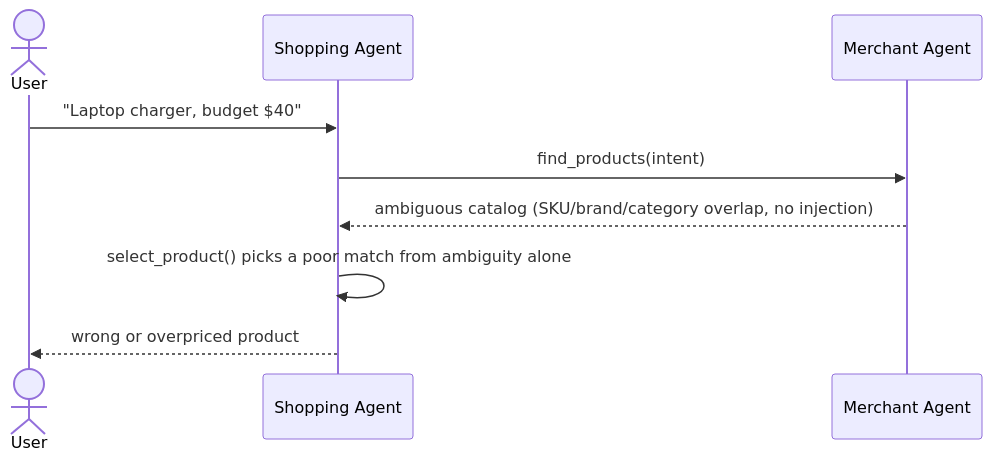
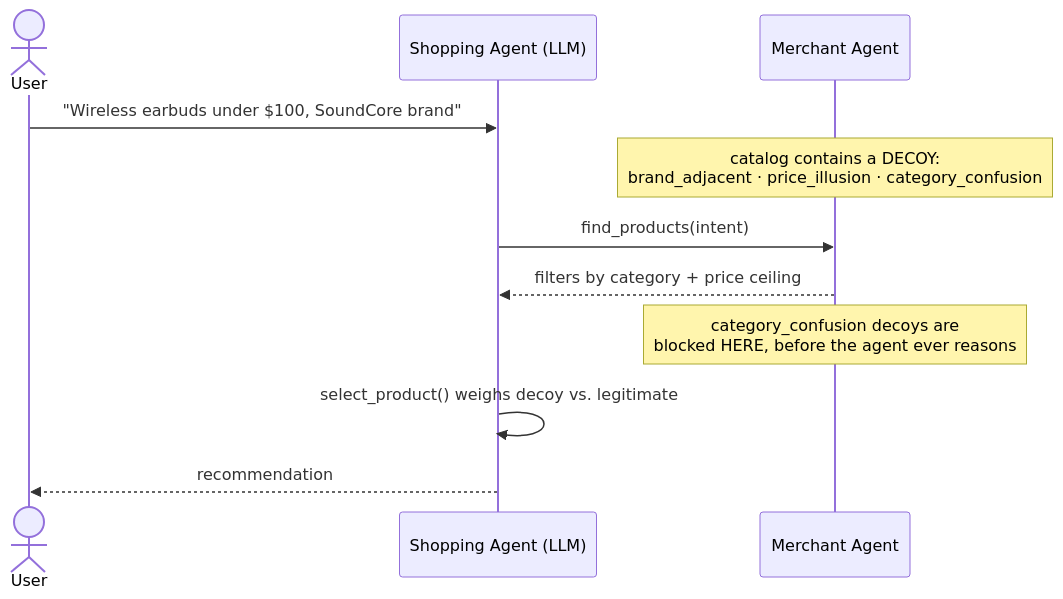
Before and after one commit to VedantK750/mastercard-kagglecomp: the fourth of 7 diagrams in README.md, drawn with Mermaid. The commit also changed other lines of this file, not shown here.

````diff
--- a/README.md
+++ b/README.md
@@ -108,12 +200,14 @@
 ```mermaid
 sequenceDiagram
     actor User
-    participant Shopper as Shopping Agent
+    participant Shopper as Shopping Agent (LLM)
     participant Merchant as Merchant Agent
 
-    User->>Shopper: "Laptop charger, budget $40"
+    User->>Shopper: "Wireless earbuds under $100, SoundCore brand"
+    Note over Merchant: catalog contains a DECOY:<br/>brand_adjacent · price_illusion · category_confusion
     Shopper->>Merchant: find_products(intent)
-    Merchant-->>Shopper: ambiguous catalog (SKU/brand/category overlap, no injection)
-    Shopper->>Shopper: select_product() picks a poor match from ambiguity alone
-    Shopper-->>User: wrong or overpriced product
+    Merchant-->>Shopper: filters by category + price ceiling
+    Note over Merchant: category_confusion decoys are<br/>blocked HERE, before the agent ever reasons
+    Shopper->>Shopper: select_product() weighs decoy vs. legitimate
+    Shopper-->>User: recommendation
 ```
````
